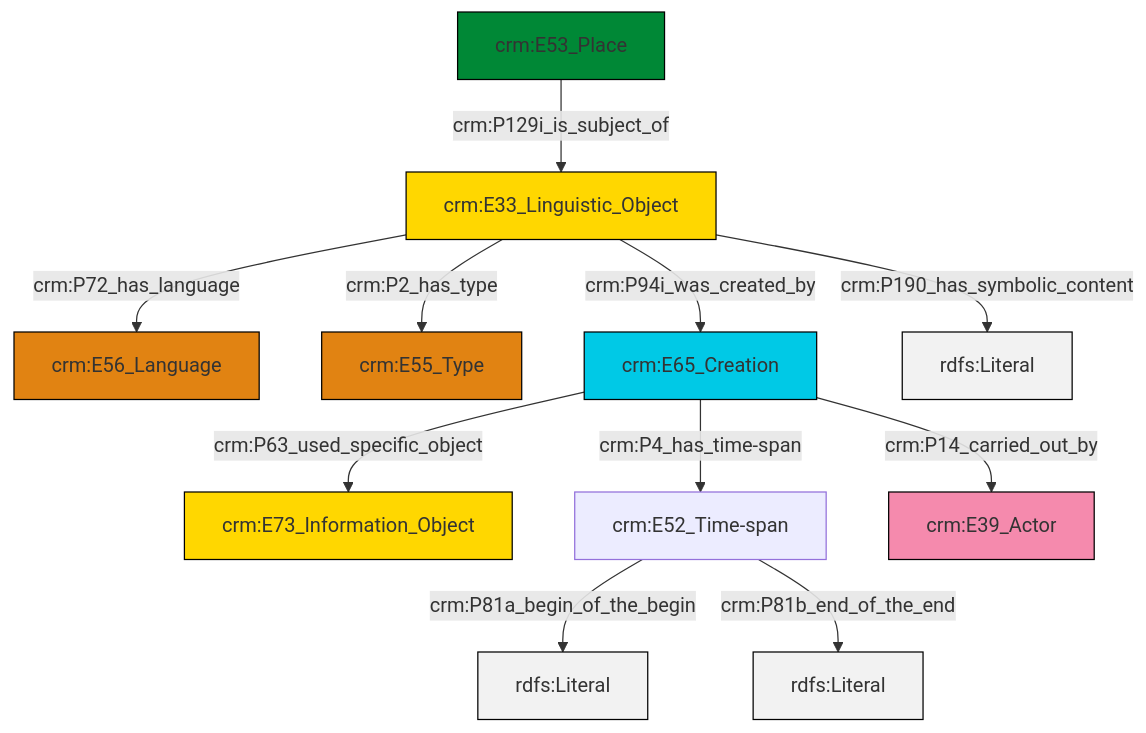
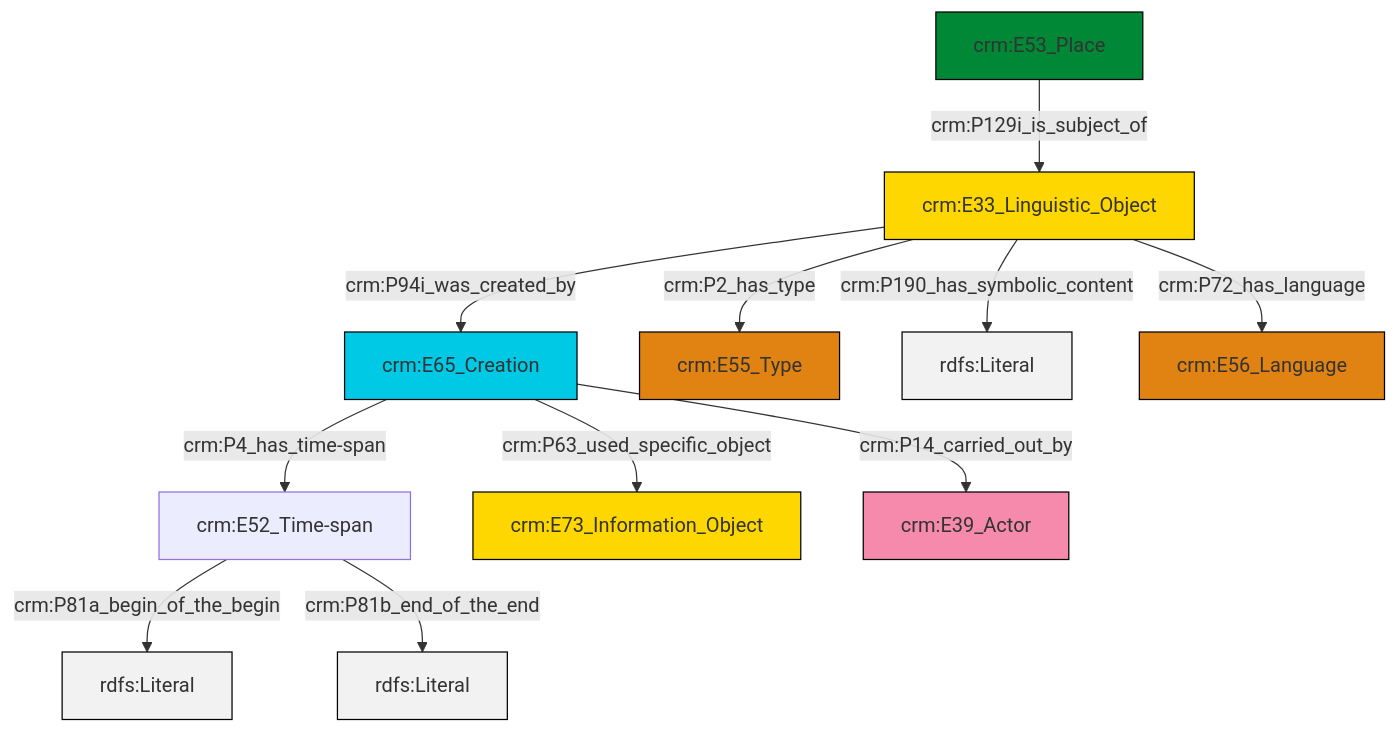
Before and after one commit to swiss-art-research-net/docs.swissartresearch: the diagram in et/placeCSV/ttl/mmd/place_description.ttl.mmd, drawn with Mermaid. The commit also changed 173 other files, not shown here.

```diff
--- a/et/placeCSV/ttl/mmd/place_description.ttl.mmd
+++ b/et/placeCSV/ttl/mmd/place_description.ttl.mmd
@@ -1,25 +1,25 @@
 graph TD
 classDef Literal fill:#f2f2f2,stroke:#000000;
 classDef CRM_Entity fill:#FFFFFF,stroke:#000000;
 classDef Temporal_Entity fill:#00C9E6, stroke:#000000;
 classDef Type fill:#E18312, stroke:#000000;
 classDef Time-Span fill:#2C9C91, stroke:#000000;
 classDef Appellation fill:#FFEB7F, stroke:#000000;
 classDef Place fill:#008836, stroke:#000000;
 classDef Persistent_Item fill:#B266B2, stroke:#000000;
 classDef Conceptual_Object fill:#FFD700, stroke:#000000;
 classDef Physical_Thing fill:#D2B48C, stroke:#000000;
 classDef Actor fill:#f58aad, stroke:#000000;
 classDef PC_Classes fill:#4ce600, stroke:#000000;
 classDef Multi fill:#cccccc,stroke:#000000;
 
-0["crm:E33_Linguistic_Object"]:::Conceptual_Object -->|crm:P72_has_language| 1["crm:E56_Language"]:::Type
-4["crm:E52_Time-span"]:::Default -->|crm:P81a_begin_of_the_begin| 5[rdfs:Literal]:::Literal
-6["crm:E53_Place"]:::Place -->|crm:P129i_is_subject_of| 0["crm:E33_Linguistic_Object"]:::Conceptual_Object
-0["crm:E33_Linguistic_Object"]:::Conceptual_Object -->|crm:P94i_was_created_by| 9["crm:E65_Creation"]:::Temporal_Entity
-9["crm:E65_Creation"]:::Temporal_Entity -->|crm:P14_carried_out_by| 10["crm:E39_Actor"]:::Actor
-9["crm:E65_Creation"]:::Temporal_Entity -->|crm:P63_used_specific_object| 2["crm:E73_Information_Object"]:::Conceptual_Object
-0["crm:E33_Linguistic_Object"]:::Conceptual_Object -->|crm:P190_has_symbolic_content| 13[rdfs:Literal]:::Literal
-4["crm:E52_Time-span"]:::Default -->|crm:P81b_end_of_the_end| 17[rdfs:Literal]:::Literal
-0["crm:E33_Linguistic_Object"]:::Conceptual_Object -->|crm:P2_has_type| 7["crm:E55_Type"]:::Type
-9["crm:E65_Creation"]:::Temporal_Entity -->|crm:P4_has_time-span| 4["crm:E52_Time-span"]:::Default
+4["crm:E65_Creation"]:::Temporal_Entity -->|crm:P63_used_specific_object| 5["crm:E73_Information_Object"]:::Conceptual_Object
+0["crm:E33_Linguistic_Object"]:::Conceptual_Object -->|crm:P2_has_type| 6["crm:E55_Type"]:::Type
+4["crm:E65_Creation"]:::Temporal_Entity -->|crm:P4_has_time-span| 2["crm:E52_Time-span"]:::Default
+2["crm:E52_Time-span"]:::Default -->|crm:P81a_begin_of_the_begin| 12[rdfs:Literal]:::Literal
+2["crm:E52_Time-span"]:::Default -->|crm:P81b_end_of_the_end| 13[rdfs:Literal]:::Literal
+0["crm:E33_Linguistic_Object"]:::Conceptual_Object -->|crm:P190_has_symbolic_content| 14[rdfs:Literal]:::Literal
+0["crm:E33_Linguistic_Object"]:::Conceptual_Object -->|crm:P94i_was_created_by| 4["crm:E65_Creation"]:::Temporal_Entity
+10["crm:E53_Place"]:::Place -->|crm:P129i_is_subject_of| 0["crm:E33_Linguistic_Object"]:::Conceptual_Object
+0["crm:E33_Linguistic_Object"]:::Conceptual_Object -->|crm:P72_has_language| 17["crm:E56_Language"]:::Type
+4["crm:E65_Creation"]:::Temporal_Entity -->|crm:P14_carried_out_by| 8["crm:E39_Actor"]:::Actor
```
